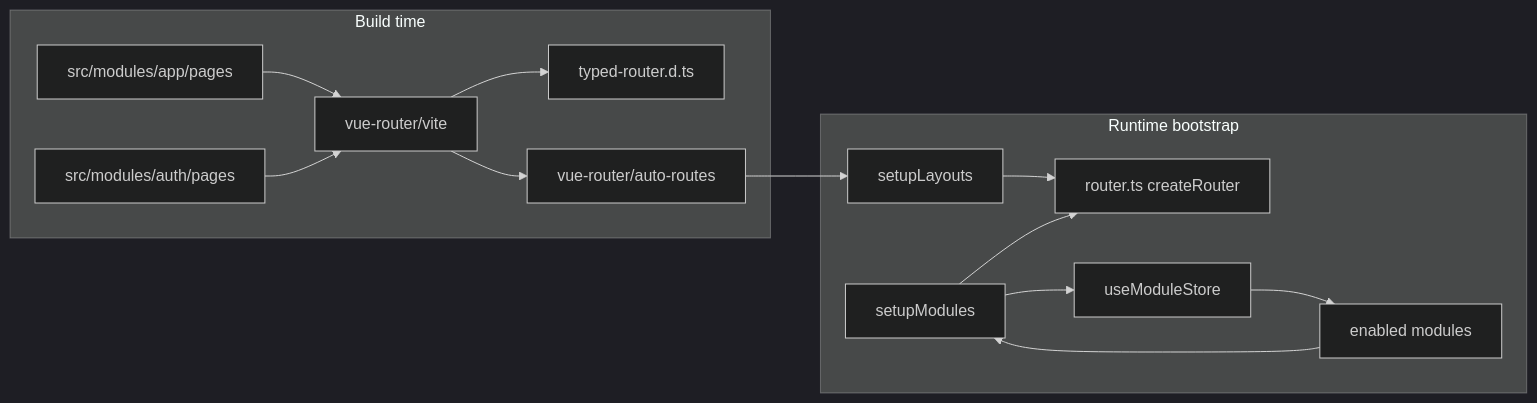
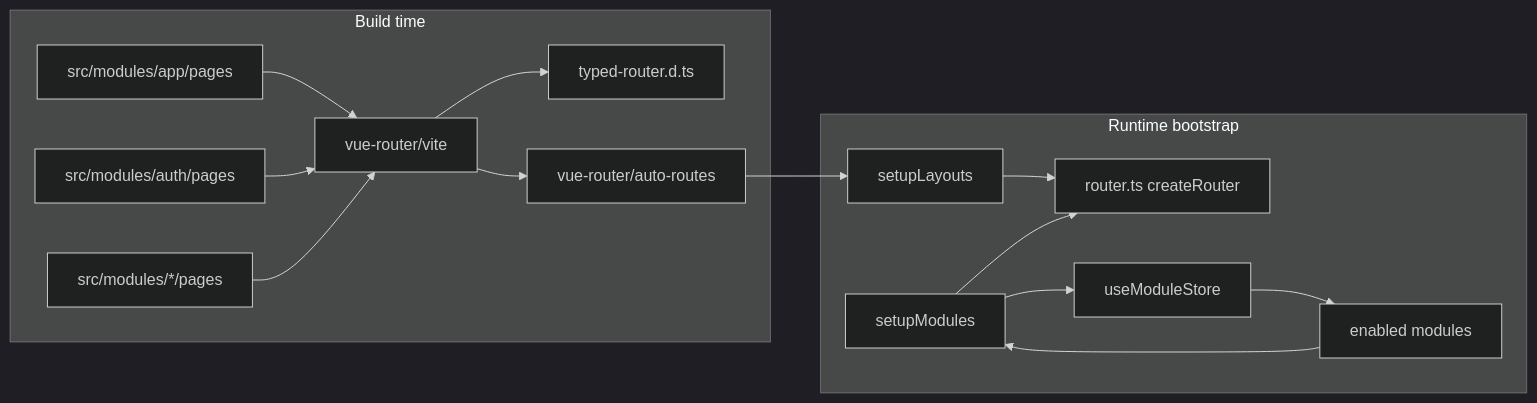
Before and after one commit to boussadjra/vuestrata: the first of 6 diagrams in docs/2.architecture/3.routing.md, drawn with Mermaid (dark theme). The commit also changed other lines of this file and 12 other files, not shown here.

````diff
--- a/docs/2.architecture/3.routing.md
+++ b/docs/2.architecture/3.routing.md
@@ -19,29 +19,31 @@
 ```mermaid
 flowchart LR
   subgraph BuildTime[Build time]
     AppPages[src/modules/app/pages]
     AuthPages[src/modules/auth/pages]
+    ModulePages[src/modules/*/pages]
     RoutePlugin[vue-router/vite]
     Typed[typed-router.d.ts]
     AutoRoutes[vue-router/auto-routes]
   end
 
   subgraph Runtime[Runtime bootstrap]
     Router[router.ts createRouter]
     Layouts[setupLayouts]
     ModuleSetup[setupModules]
     ModuleStore[useModuleStore]
     Enabled[enabled modules]
   end
 
   AppPages --> RoutePlugin
   AuthPages --> RoutePlugin
+  ModulePages --> RoutePlugin
   RoutePlugin --> Typed
   RoutePlugin --> AutoRoutes
   AutoRoutes --> Layouts
   Layouts --> Router
   ModuleSetup --> ModuleStore
   ModuleStore --> Enabled
   Enabled --> ModuleSetup
   ModuleSetup --> Router
 ```
````
